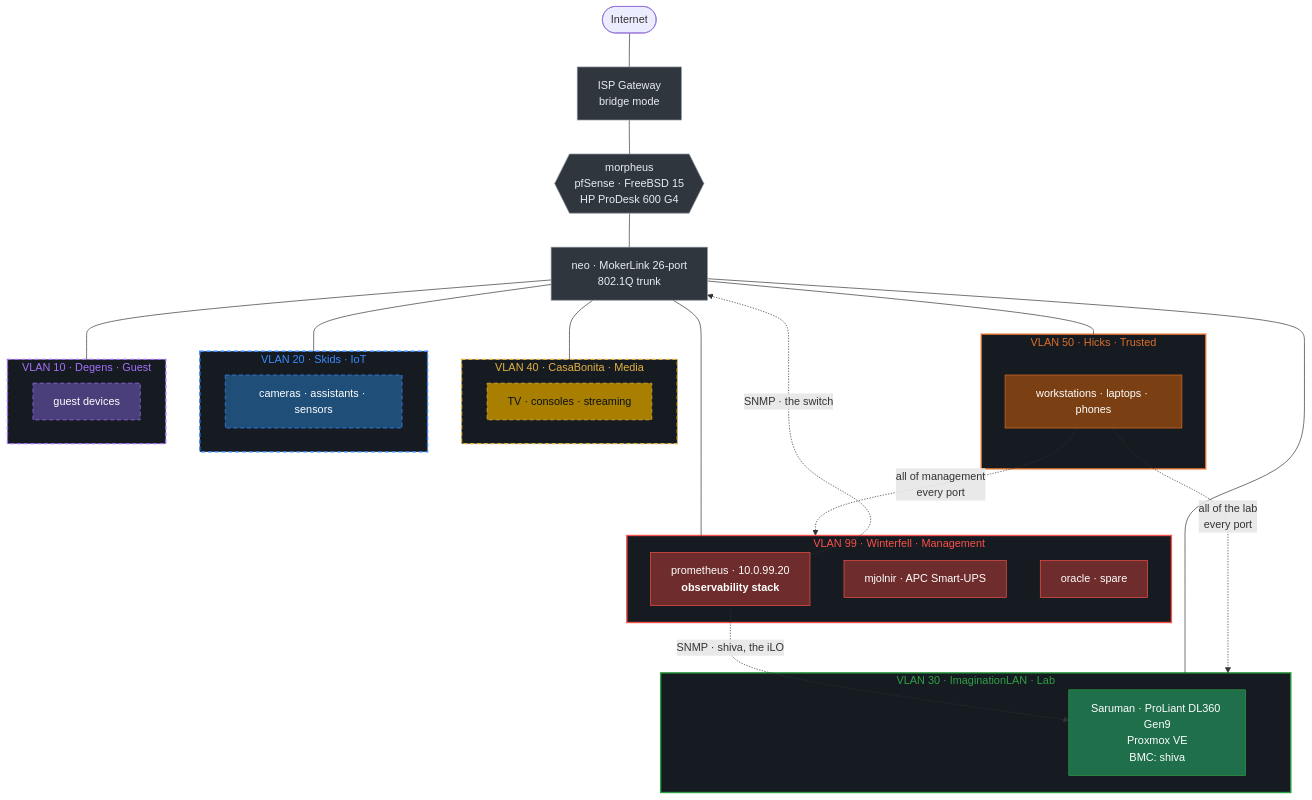
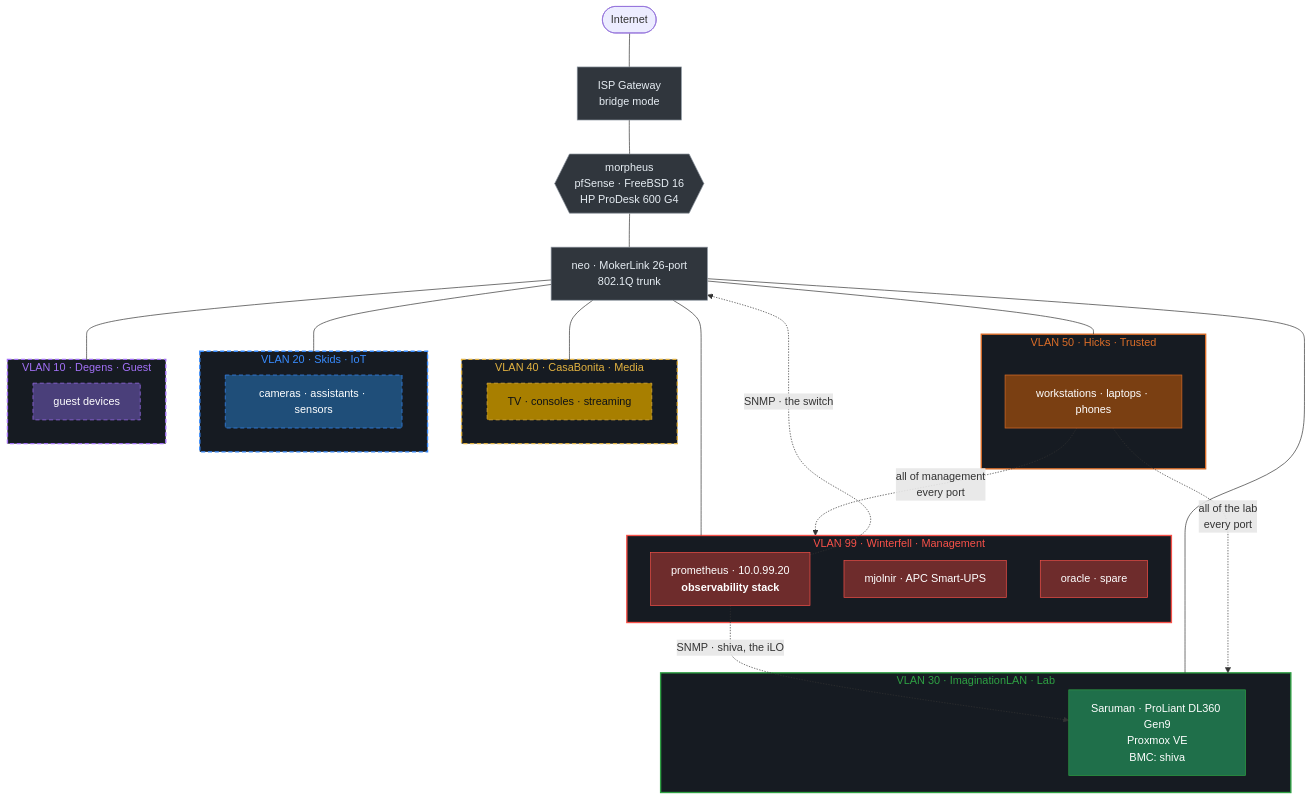
The first of 2 diagrams in docs/architecture.md (Gerrrt/HomeLab), drawn with Mermaid before and after one commit. The commit also changed 5 other files, not shown here.

First line of the commit message:
docs: correct the pfSense and FreeBSD versions morpheus actually runs

````diff
--- a/docs/architecture.md
+++ b/docs/architecture.md
@@ -11,78 +11,78 @@
 ```mermaid
 graph TB
     INET([Internet])
     GW[ISP Gateway<br/>bridge mode]
-    FW{{"morpheus<br/>pfSense · FreeBSD 15<br/>HP ProDesk 600 G4"}}
+    FW{{"morpheus<br/>pfSense · FreeBSD 16<br/>HP ProDesk 600 G4"}}
     SW[neo · MokerLink 26-port<br/>802.1Q trunk]
 
     INET --- GW --- FW --- SW
 
     subgraph V99["VLAN 99 · Winterfell · Management"]
         MON["prometheus · 10.0.99.20<br/><b>observability stack</b>"]
         UPS["mjolnir · APC Smart-UPS"]
         SPARE["oracle · spare"]
     end
 
     subgraph V50["VLAN 50 · Hicks · Trusted"]
         WS["workstations · laptops · phones"]
     end
 
     subgraph V40["VLAN 40 · CasaBonita · Media"]
         TV["TV · consoles · streaming"]
     end
 
     subgraph V30["VLAN 30 · ImaginationLAN · Lab"]
         HV["Saruman · ProLiant DL360 Gen9<br/>Proxmox VE<br/>BMC: shiva"]
     end
 
     subgraph V20["VLAN 20 · Skids · IoT"]
         IOT["cameras · assistants · sensors"]
     end
 
     subgraph V10["VLAN 10 · Degens · Guest"]
         GUEST["guest devices"]
     end
 
     SW --- V99
     SW --- V50
     SW --- V40
     SW --- V30
     SW --- V20
     SW --- V10
 
     WS -.->|"all of management<br/>every port"| V99
     WS -.->|"all of the lab<br/>every port"| V30
     MON -.->|"SNMP · shiva, the iLO"| HV
     MON -.->|"SNMP · the switch"| SW
 
     %% Fill is the patch-cable colour in the rack — see network.md, ADR-0009.
     %% A dashed border marks a terminal segment: traffic goes out, nothing
     %% comes back in. Grey is not a segment; it carries every VLAN.
     %% stroke-dasharray must be last on its line and space-separated — a comma
     %% is the property delimiter and would truncate the value.
     classDef vlan99 fill:#6e2c2c,stroke:#f85149,color:#fff
     classDef vlan50 fill:#7a3f12,stroke:#db6d28,color:#fff
     classDef vlan30 fill:#1f6f4a,stroke:#2ea043,color:#fff
     classDef infra  fill:#30363d,stroke:#8b949e,color:#e6edf3
     classDef vlan40 fill:#a87f00,stroke:#e3b341,color:#0d1117,stroke-dasharray: 6 4
     classDef vlan20 fill:#1f4e79,stroke:#388bfd,color:#fff,stroke-dasharray: 6 4
     classDef vlan10 fill:#4a3f7a,stroke:#a371f7,color:#fff,stroke-dasharray: 6 4
 
     class MON,UPS,SPARE vlan99
     class WS vlan50
     class HV vlan30
     class TV vlan40
     class IOT vlan20
     class GUEST vlan10
     class GW,FW,SW infra
 
     %% classDef is unreliable on subgraphs (mermaid-js/mermaid#1726), so the
     %% clusters are styled explicitly and the dash is applied to their inner
     %% nodes as well — the cue survives either way.
     style V99 fill:#161b22,stroke:#f85149,stroke-width:2px,color:#f85149
     style V50 fill:#161b22,stroke:#db6d28,stroke-width:2px,color:#db6d28
     style V30 fill:#161b22,stroke:#2ea043,stroke-width:2px,color:#2ea043
     style V40 fill:#161b22,stroke:#e3b341,stroke-width:2px,color:#e3b341,stroke-dasharray: 6 4
     style V20 fill:#161b22,stroke:#388bfd,stroke-width:2px,color:#388bfd,stroke-dasharray: 6 4
     style V10 fill:#161b22,stroke:#a371f7,stroke-width:2px,color:#a371f7,stroke-dasharray: 6 4
 ```
````
